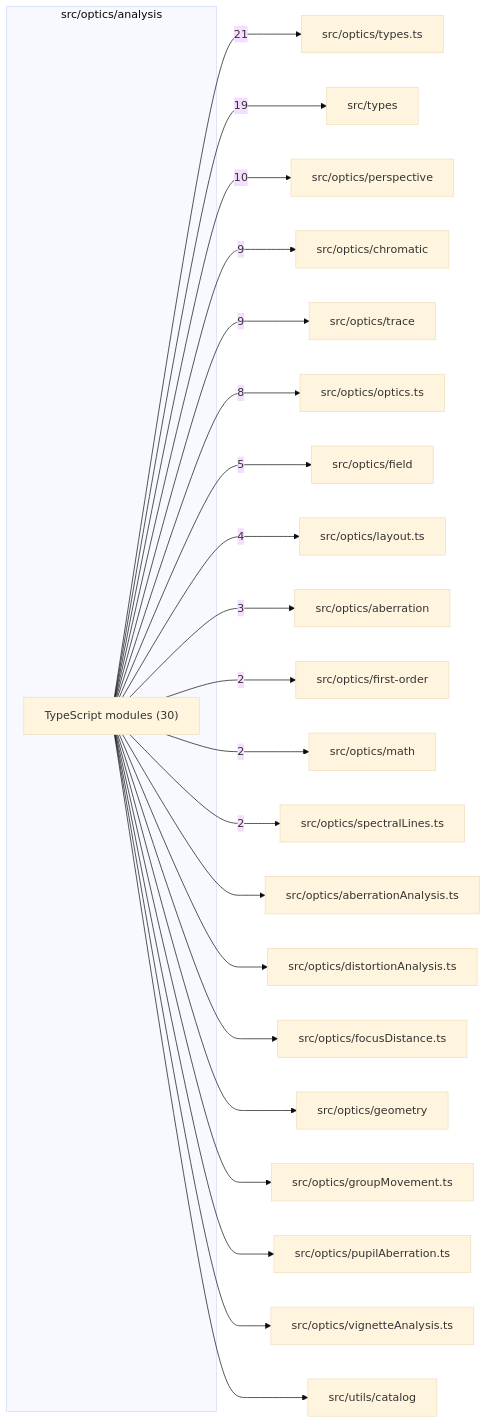
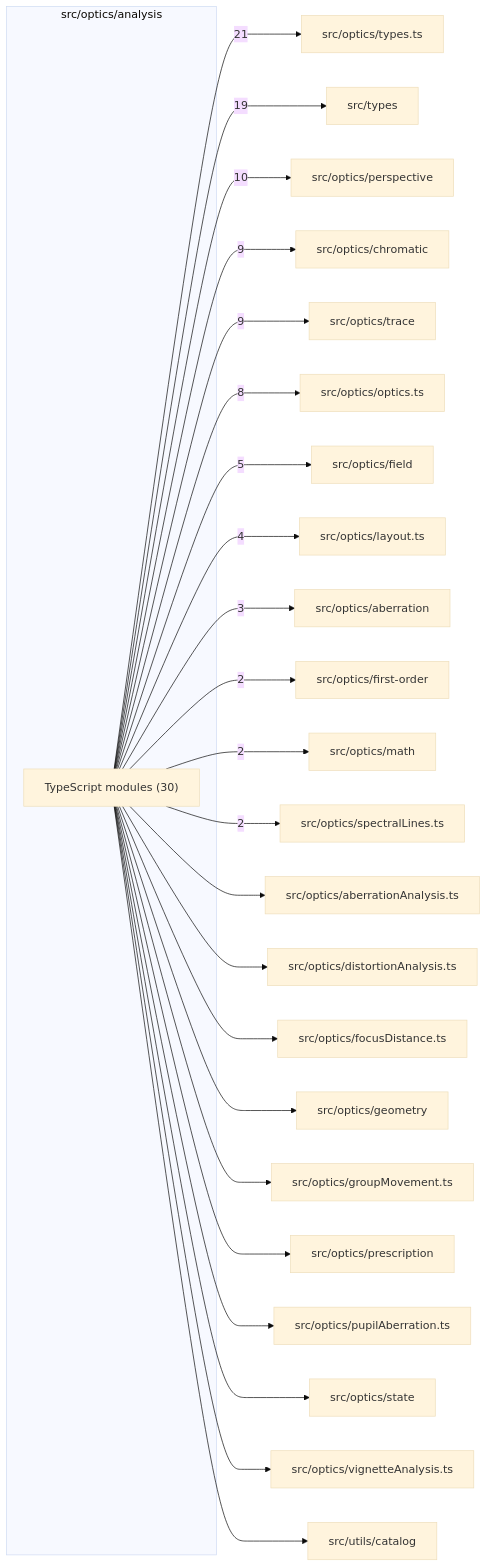
One commit to ronbuening/LensVisualizer changed the diagram in src/optics/analysis/readme.md. Above: the diagram before and after it, drawn with Mermaid (base theme). The commit also changed other lines of this file and 4 other files, not shown here.

````diff
--- a/src/optics/analysis/readme.md
+++ b/src/optics/analysis/readme.md
@@ -9,46 +9,50 @@
 ```mermaid
 flowchart LR
   subgraph n_src_optics_analysis["src/optics/analysis"]
     n_src_optics_analysis_TypeScript_modules["TypeScript modules (30)"]
   end
   n_external_src_optics_types_ts["src/optics/types.ts"]
   n_external_src_types["src/types"]
   n_external_src_optics_perspective["src/optics/perspective"]
   n_external_src_optics_chromatic["src/optics/chromatic"]
   n_external_src_optics_trace["src/optics/trace"]
   n_external_src_optics_optics_ts["src/optics/optics.ts"]
   n_external_src_optics_field["src/optics/field"]
   n_external_src_optics_layout_ts["src/optics/layout.ts"]
   n_external_src_optics_aberration["src/optics/aberration"]
   n_external_src_optics_first_order["src/optics/first-order"]
   n_external_src_optics_math["src/optics/math"]
   n_external_src_optics_spectralLines_ts["src/optics/spectralLines.ts"]
   n_external_src_optics_aberrationAnalysis_ts["src/optics/aberrationAnalysis.ts"]
   n_external_src_optics_distortionAnalysis_ts["src/optics/distortionAnalysis.ts"]
   n_external_src_optics_focusDistance_ts["src/optics/focusDistance.ts"]
   n_external_src_optics_geometry["src/optics/geometry"]
   n_external_src_optics_groupMovement_ts["src/optics/groupMovement.ts"]
+  n_external_src_optics_prescription["src/optics/prescription"]
   n_external_src_optics_pupilAberration_ts["src/optics/pupilAberration.ts"]
+  n_external_src_optics_state["src/optics/state"]
   n_external_src_optics_vignetteAnalysis_ts["src/optics/vignetteAnalysis.ts"]
   n_external_src_utils_catalog["src/utils/catalog"]
   n_src_optics_analysis_TypeScript_modules --> |21| n_external_src_optics_types_ts
   n_src_optics_analysis_TypeScript_modules --> |19| n_external_src_types
   n_src_optics_analysis_TypeScript_modules --> |10| n_external_src_optics_perspective
   n_src_optics_analysis_TypeScript_modules --> |9| n_external_src_optics_chromatic
   n_src_optics_analysis_TypeScript_modules --> |9| n_external_src_optics_trace
   n_src_optics_analysis_TypeScript_modules --> |8| n_external_src_optics_optics_ts
   n_src_optics_analysis_TypeScript_modules --> |5| n_external_src_optics_field
   n_src_optics_analysis_TypeScript_modules --> |4| n_external_src_optics_layout_ts
   n_src_optics_analysis_TypeScript_modules --> |3| n_external_src_optics_aberration
   n_src_optics_analysis_TypeScript_modules --> |2| n_external_src_optics_first_order
   n_src_optics_analysis_TypeScript_modules --> |2| n_external_src_optics_math
   n_src_optics_analysis_TypeScript_modules --> |2| n_external_src_optics_spectralLines_ts
   n_src_optics_analysis_TypeScript_modules --> n_external_src_optics_aberrationAnalysis_ts
   n_src_optics_analysis_TypeScript_modules --> n_external_src_optics_distortionAnalysis_ts
   n_src_optics_analysis_TypeScript_modules --> n_external_src_optics_focusDistance_ts
   n_src_optics_analysis_TypeScript_modules --> n_external_src_optics_geometry
   n_src_optics_analysis_TypeScript_modules --> n_external_src_optics_groupMovement_ts
+  n_src_optics_analysis_TypeScript_modules --> n_external_src_optics_prescription
   n_src_optics_analysis_TypeScript_modules --> n_external_src_optics_pupilAberration_ts
+  n_src_optics_analysis_TypeScript_modules --> n_external_src_optics_state
   n_src_optics_analysis_TypeScript_modules --> n_external_src_optics_vignetteAnalysis_ts
   n_src_optics_analysis_TypeScript_modules --> n_external_src_utils_catalog
 ```
````
